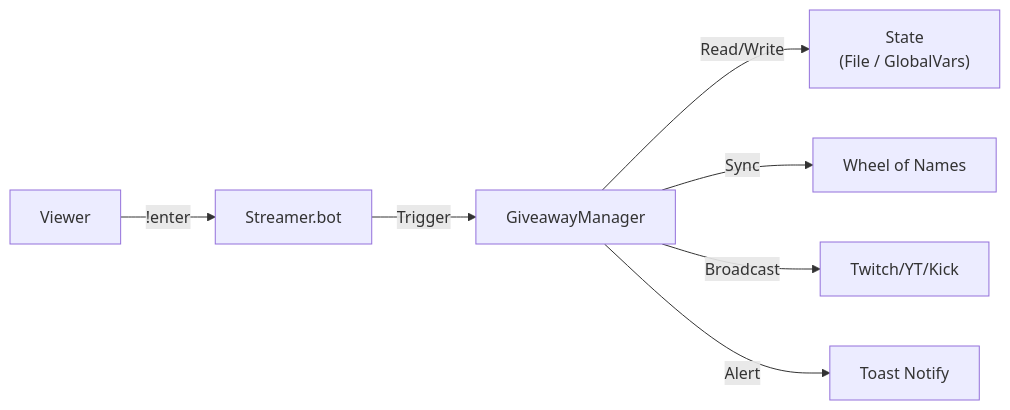
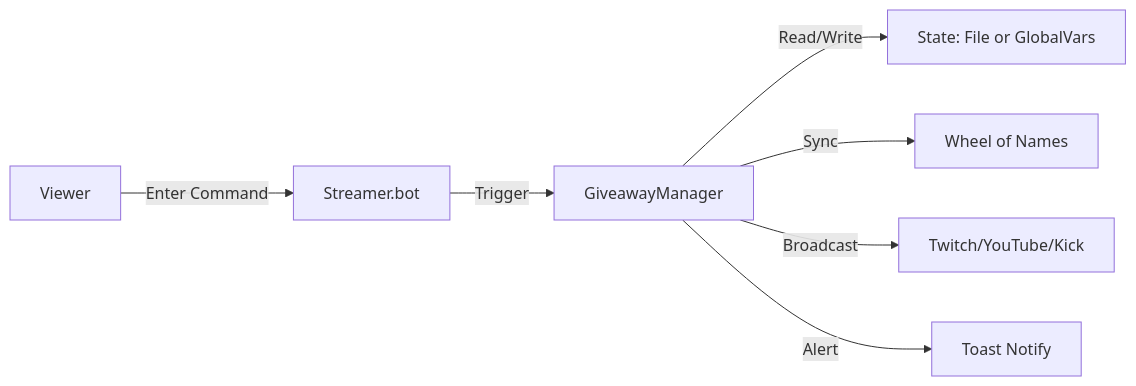
The diagram in README.md (Sythsaz/Giveaway-Bot), drawn with Mermaid before and after one commit. The commit also changed 1 other file, not shown here.

Commit message:
docs: Simplify Mermaid syntax to fix rendering crash

````diff
--- a/README.md
+++ b/README.md
@@ -65,9 +65,9 @@
 ```mermaid
 graph LR
-    User[Viewer] -- "!enter" --> SB[Streamer.bot]
+    User[Viewer] -- Enter Command --> SB[Streamer.bot]
     SB -- Trigger --> Manager[GiveawayManager]
-    Manager -- Read/Write --> State["State<br/>(File / GlobalVars)"]
+    Manager -- Read/Write --> State[State: File or GlobalVars]
     Manager -- Sync --> Wheel[Wheel of Names]
-    Manager -- Broadcast --> Chat[Twitch/YT/Kick]
+    Manager -- Broadcast --> Chat[Twitch/YouTube/Kick]
     Manager -- Alert --> Toast[Toast Notify]
 ```
````
